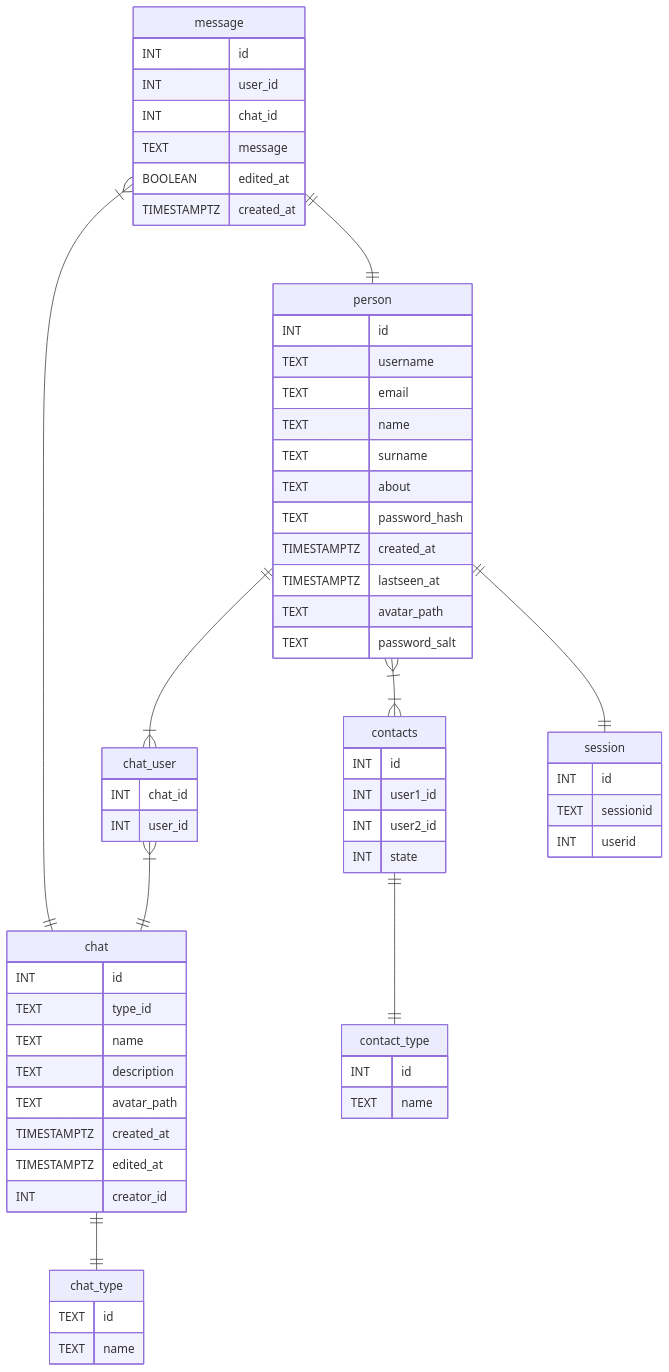
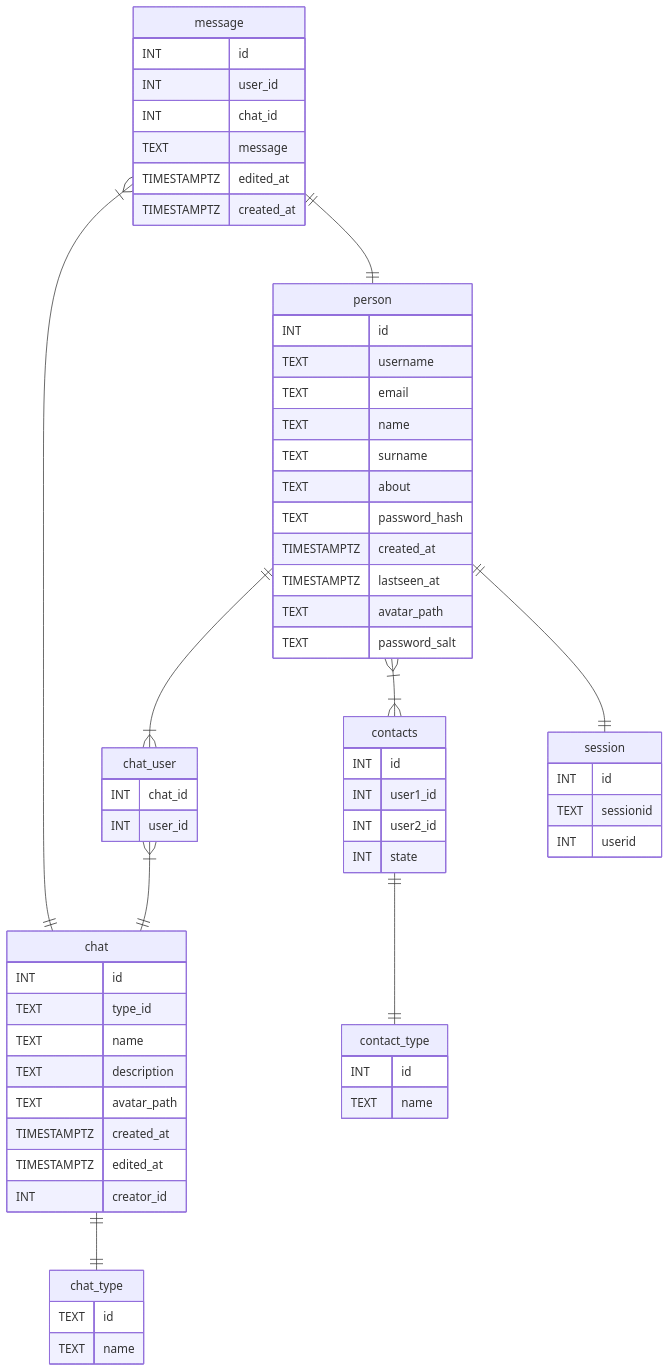
Before and after one commit to go-park-mail-ru/2024_1_commandName: the diagram in db/normalized/relations.md, drawn with Mermaid. The commit also changed 2 other files, not shown here.

Commit message:
Fixed edited_at

````diff
--- a/db/normalized/relations.md
+++ b/db/normalized/relations.md
@@ -22,73 +22,73 @@
 ```mermaid
 erDiagram
     person {
         INT id
         TEXT username
         TEXT email
         TEXT name
         TEXT surname
         TEXT about
         TEXT password_hash
         TIMESTAMPTZ created_at
         TIMESTAMPTZ lastseen_at
         TEXT avatar_path
         TEXT password_salt
     }
     
     chat {
         INT id
         TEXT type_id
         TEXT name
         TEXT description
         TEXT avatar_path
         TIMESTAMPTZ created_at
         TIMESTAMPTZ edited_at
         INT creator_id
     }
     
     chat_type {
         TEXT id   
         TEXT name 
     }
     
     chat_user {
         INT chat_id
         INT user_id
     }
     
     message {
         INT id
         INT user_id
         INT chat_id
         TEXT message
-        BOOLEAN edited_at
+        TIMESTAMPTZ edited_at
         TIMESTAMPTZ created_at
     }
     
     contacts {
          INT id
          INT user1_id
          INT user2_id
          INT state
     }
     
     contact_type {
         INT id
         TEXT name
     }
     
     session {
         INT id
         TEXT sessionid
         INT userid
     }
     
      person ||--|{ chat_user : ""
      chat_user }|--|| chat : ""
      chat ||--|| chat_type : ""
      message }|--|| chat : ""
      message ||--|| person : ""
      person }|--|{ contacts : ""
      contacts ||--|| contact_type : ""
      person ||--|| session : ""
 ```
````
